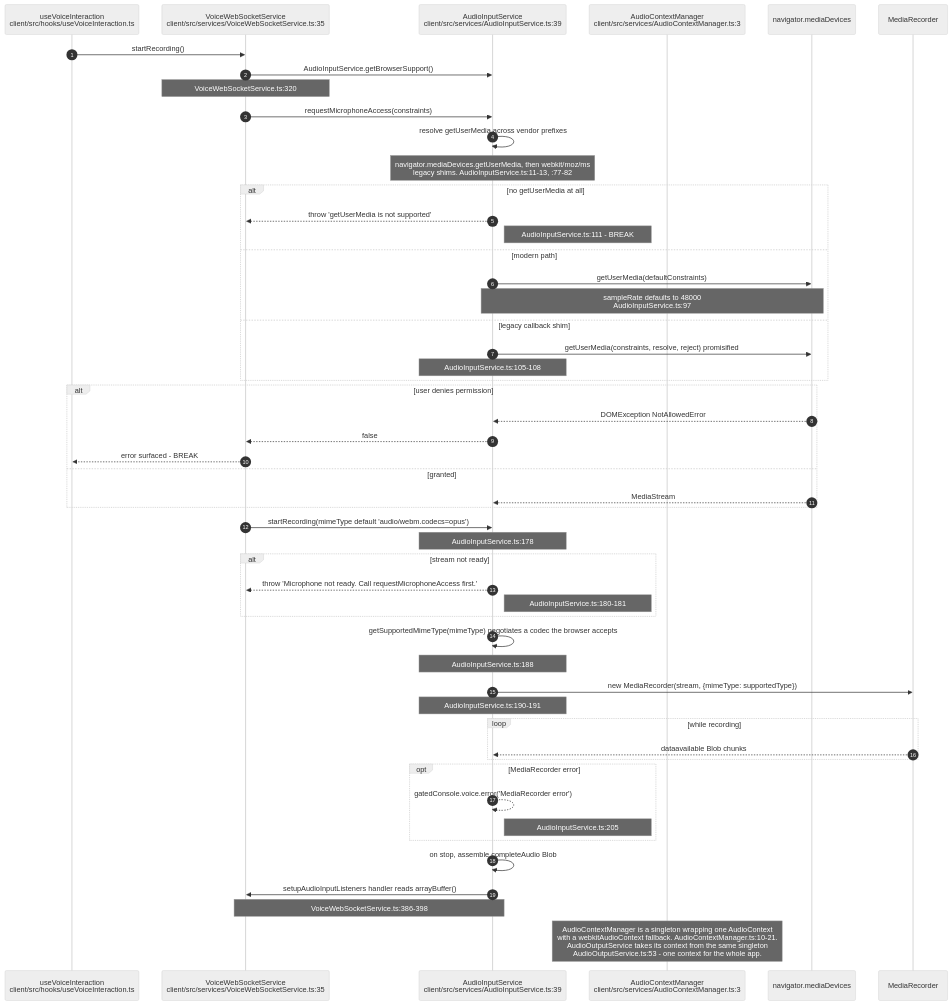
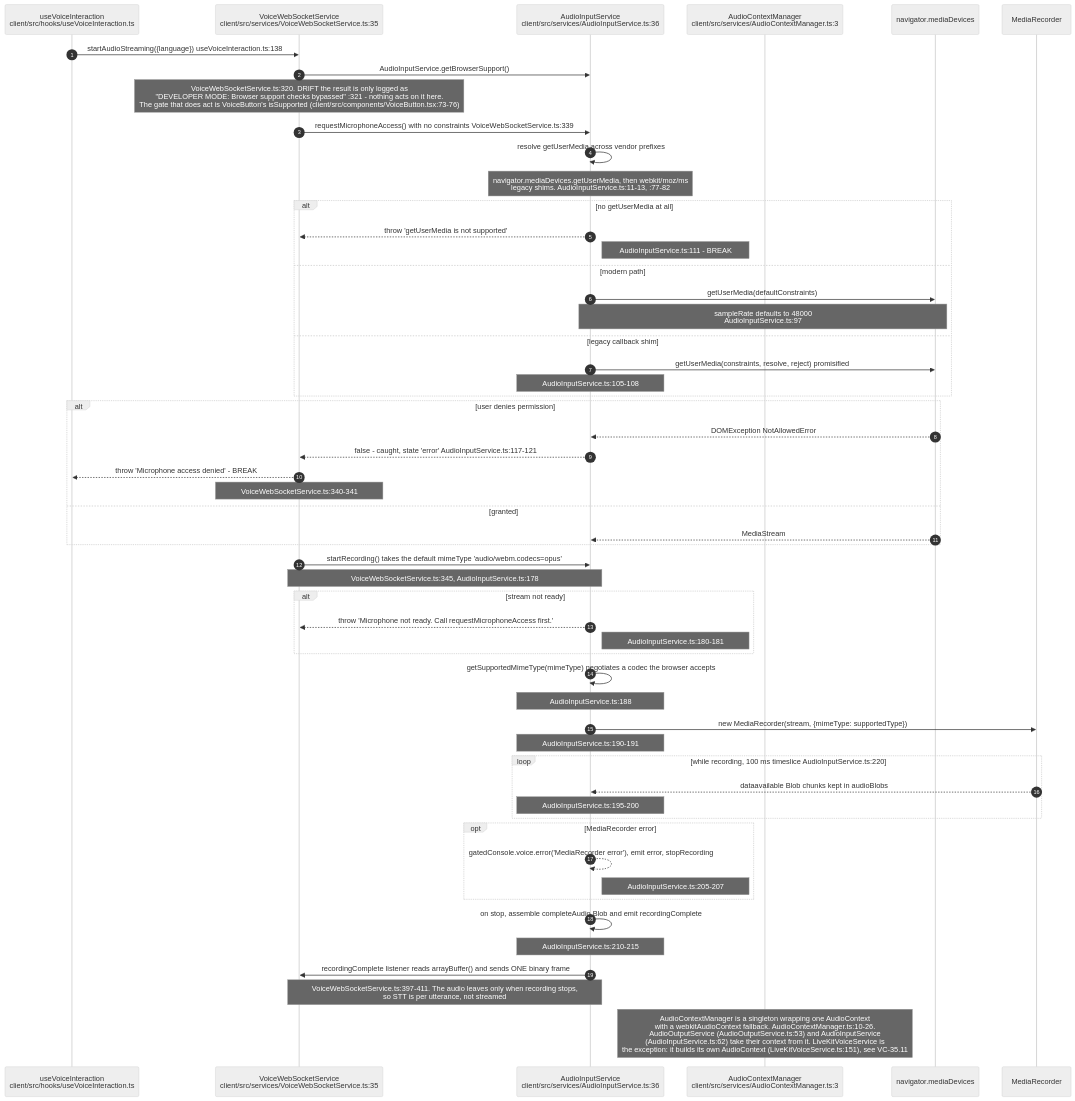
Before and after one commit to DreamLab-AI/VisionFlow: the third of 12 diagrams in docs/diagrams/visionclaw/35-voice-end-to-end.md, drawn with Mermaid (neutral theme). The commit also changed other lines of this file and 173 other files, not shown here.

````diff
--- a/docs/diagrams/visionclaw/35-voice-end-to-end.md
+++ b/docs/diagrams/visionclaw/35-voice-end-to-end.md
@@ -132,55 +135,58 @@
 ```mermaid
 sequenceDiagram
     autonumber
     participant UI as useVoiceInteraction<br/>client/src/hooks/useVoiceInteraction.ts
     participant VW as VoiceWebSocketService<br/>client/src/services/VoiceWebSocketService.ts:35
-    participant AI as AudioInputService<br/>client/src/services/AudioInputService.ts:39
+    participant AI as AudioInputService<br/>client/src/services/AudioInputService.ts:36
     participant ACM as AudioContextManager<br/>client/src/services/AudioContextManager.ts:3
     participant NAV as navigator.mediaDevices
     participant MR as MediaRecorder
 
-    UI->>VW: startRecording()
+    UI->>VW: startAudioStreaming({language}) useVoiceInteraction.ts:138
     VW->>AI: AudioInputService.getBrowserSupport()
-    Note over VW: VoiceWebSocketService.ts:320
-    VW->>AI: requestMicrophoneAccess(constraints)
+    Note over VW: VoiceWebSocketService.ts:320. DRIFT the result is only logged as<br/>"DEVELOPER MODE: Browser support checks bypassed" :321 - nothing acts on it here.<br/>The gate that does act is VoiceButton's isSupported (client/src/components/VoiceButton.tsx:73-76)
+    VW->>AI: requestMicrophoneAccess() with no constraints VoiceWebSocketService.ts:339
     AI->>AI: resolve getUserMedia across vendor prefixes
     Note over AI: navigator.mediaDevices.getUserMedia, then webkit/moz/ms<br/>legacy shims. AudioInputService.ts:11-13, :77-82
     alt no getUserMedia at all
         AI-->>VW: throw 'getUserMedia is not supported'
         Note right of AI: AudioInputService.ts:111 - BREAK
     else modern path
         AI->>NAV: getUserMedia(defaultConstraints)
         Note over AI,NAV: sampleRate defaults to 48000<br/>AudioInputService.ts:97
     else legacy callback shim
         AI->>NAV: getUserMedia(constraints, resolve, reject) promisified
         Note over AI: AudioInputService.ts:105-108
     end
     alt user denies permission
         NAV-->>AI: DOMException NotAllowedError
-        AI-->>VW: false
-        VW-->>UI: error surfaced - BREAK
+        AI-->>VW: false - caught, state 'error' AudioInputService.ts:117-121
+        VW-->>UI: throw 'Microphone access denied' - BREAK
+        Note over VW: VoiceWebSocketService.ts:340-341
     else granted
         NAV-->>AI: MediaStream
     end
-    VW->>AI: startRecording(mimeType default 'audio/webm.codecs=opus')
-    Note over AI: AudioInputService.ts:178
+    VW->>AI: startRecording() takes the default mimeType 'audio/webm.codecs=opus'
+    Note over AI,VW: VoiceWebSocketService.ts:345, AudioInputService.ts:178
     alt stream not ready
         AI-->>VW: throw 'Microphone not ready. Call requestMicrophoneAccess first.'
         Note right of AI: AudioInputService.ts:180-181
     end
     AI->>AI: getSupportedMimeType(mimeType) negotiates a codec the browser accepts
     Note over AI: AudioInputService.ts:188
     AI->>MR: new MediaRecorder(stream, {mimeType: supportedType})
     Note over AI: AudioInputService.ts:190-191
-    loop while recording
-        MR-->>AI: dataavailable Blob chunks
+    loop while recording, 100 ms timeslice AudioInputService.ts:220
+        MR-->>AI: dataavailable Blob chunks kept in audioBlobs
+        Note over AI: AudioInputService.ts:195-200
     end
     opt MediaRecorder error
-        AI-->>AI: gatedConsole.voice.error('MediaRecorder error')
-        Note right of AI: AudioInputService.ts:205
+        AI-->>AI: gatedConsole.voice.error('MediaRecorder error'), emit error, stopRecording
+        Note right of AI: AudioInputService.ts:205-207
     end
-    AI->>AI: on stop, assemble completeAudio Blob
-    AI->>VW: setupAudioInputListeners handler reads arrayBuffer()
-    Note over AI,VW: VoiceWebSocketService.ts:386-398
-    Note over ACM: AudioContextManager is a singleton wrapping one AudioContext<br/>with a webkitAudioContext fallback. AudioContextManager.ts:10-21.<br/>AudioOutputService takes its context from the same singleton<br/>AudioOutputService.ts:53 - one context for the whole app.
+    AI->>AI: on stop, assemble completeAudio Blob and emit recordingComplete
+    Note over AI: AudioInputService.ts:210-215
+    AI->>VW: recordingComplete listener reads arrayBuffer() and sends ONE binary frame
+    Note over AI,VW: VoiceWebSocketService.ts:397-411. The audio leaves only when recording stops,<br/>so STT is per utterance, not streamed
+    Note over ACM: AudioContextManager is a singleton wrapping one AudioContext<br/>with a webkitAudioContext fallback. AudioContextManager.ts:10-26.<br/>AudioOutputService (AudioOutputService.ts:53) and AudioInputService<br/>(AudioInputService.ts:62) take their context from it. LiveKitVoiceService is<br/>the exception: it builds its own AudioContext (LiveKitVoiceService.ts:151), see VC-35.11
 ```
````
